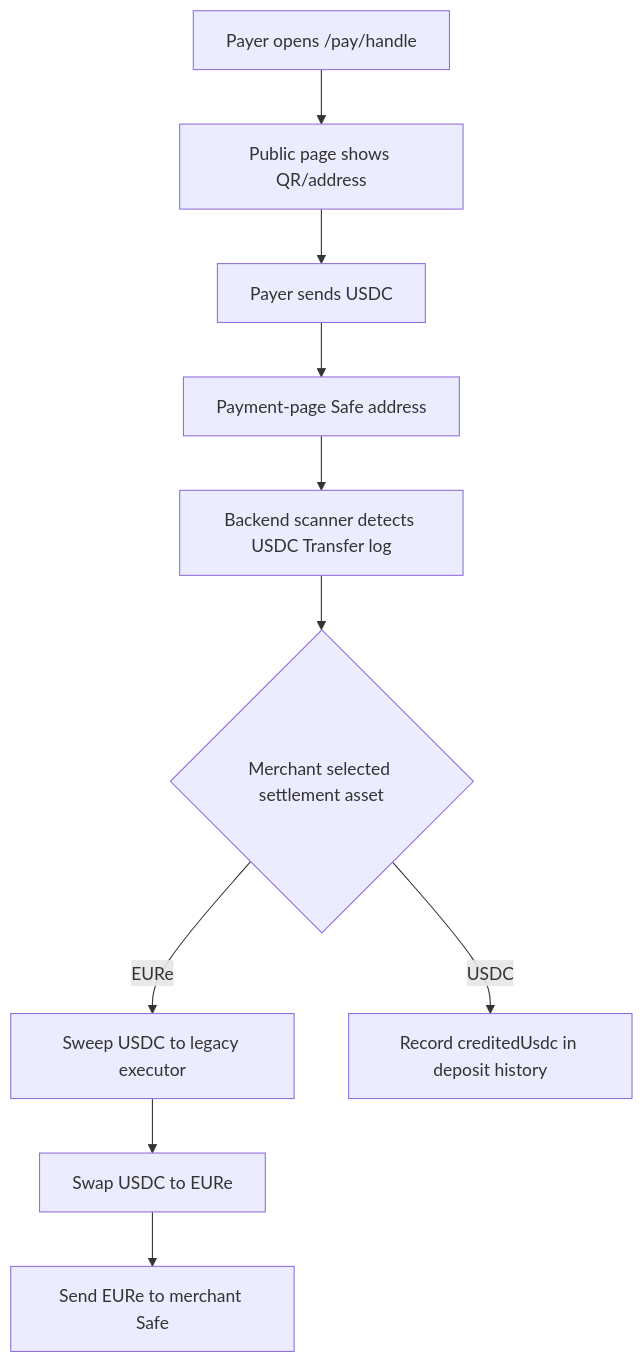
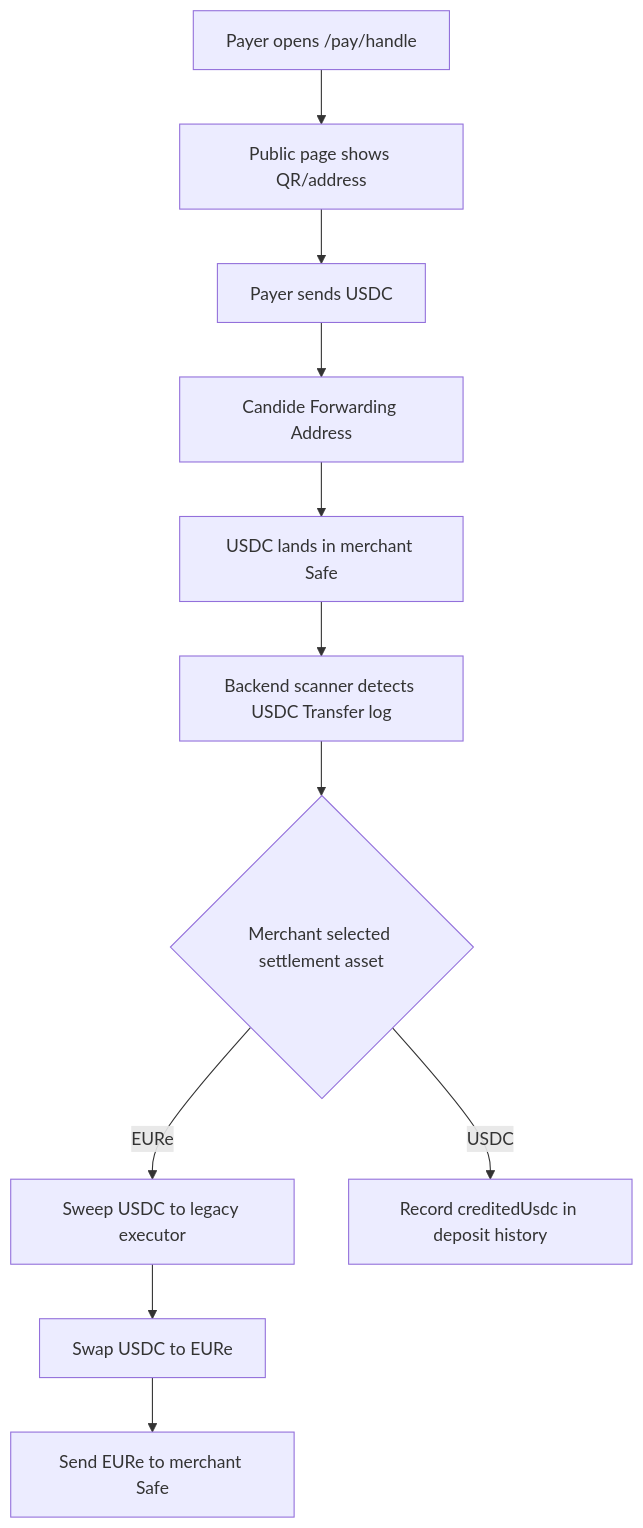
One commit to Zoldenburg-me/Zold-app changed the first of 2 diagrams in docs/payment-page-architecture-map.md. Above: the diagram before and after it, drawn with Mermaid. The commit also changed other lines of this file and 13 other files, not shown here.

Commit message:
Use Candide forwarding for payment pages

````diff
--- a/docs/payment-page-architecture-map.md
+++ b/docs/payment-page-architecture-map.md
@@ -32,12 +32,13 @@
 ```mermaid
 flowchart TD
   A[Payer opens /pay/handle] --> B[Public page shows QR/address]
   B --> C[Payer sends USDC]
-  C --> D[Payment-page Safe address]
-  D --> E[Backend scanner detects USDC Transfer log]
-  E --> F{Merchant selected settlement asset}
-  F -->|EURe| G[Sweep USDC to legacy executor]
-  G --> H[Swap USDC to EURe]
-  H --> I[Send EURe to merchant Safe]
-  F -->|USDC| K[Record creditedUsdc in deposit history]
+  C --> D[Candide Forwarding Address]
+  D --> E[USDC lands in merchant Safe]
+  E --> F[Backend scanner detects USDC Transfer log]
+  F --> G{Merchant selected settlement asset}
+  G -->|EURe| H[Sweep USDC to legacy executor]
+  H --> I[Swap USDC to EURe]
+  I --> J[Send EURe to merchant Safe]
+  G -->|USDC| K[Record creditedUsdc in deposit history]
 ```
````
